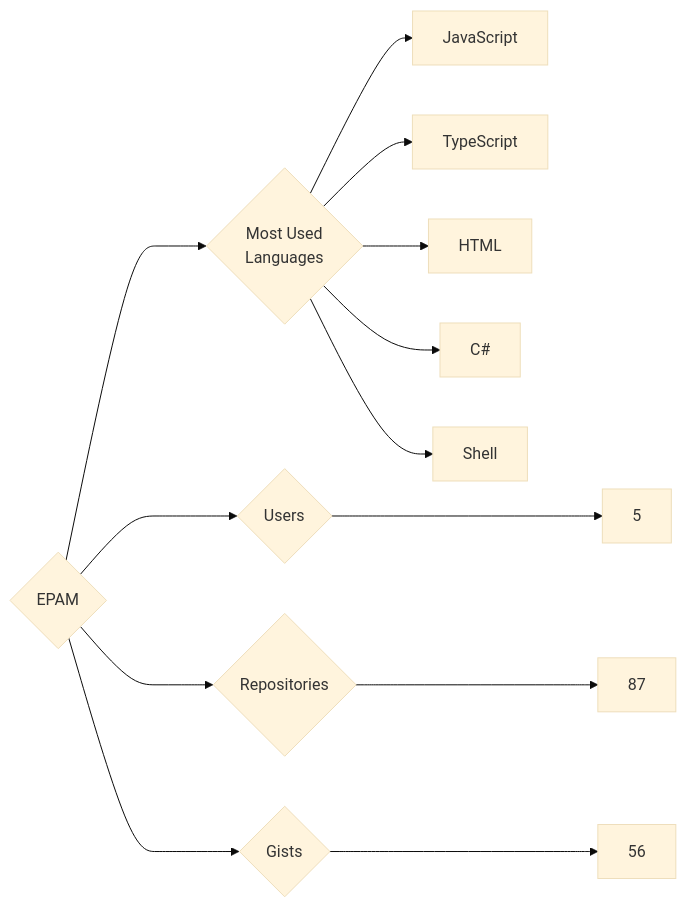
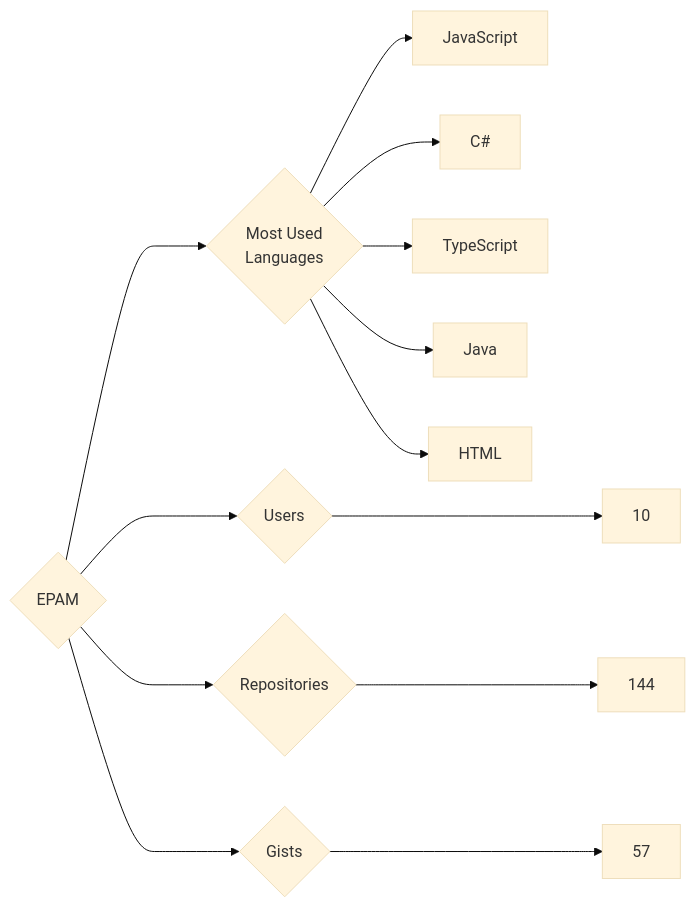
Before and after one commit to trickest/insiders: the diagram in targets/EPAM/README.md, drawn with Mermaid (base theme). The commit also changed 611 other files, not shown here.

````diff
--- a/targets/EPAM/README.md
+++ b/targets/EPAM/README.md
@@ -3,13 +3,13 @@
 ```mermaid
 graph LR
 COMPANY_NAME{EPAM}
-COMPANY_NAME ---> U{Users} ---> UN[5]
-COMPANY_NAME ---> R{Repositories} ---> RN[87]
-COMPANY_NAME ---> G{Gists} ---> GN[56]
+COMPANY_NAME ---> U{Users} ---> UN[10]
+COMPANY_NAME ---> R{Repositories} ---> RN[144]
+COMPANY_NAME ---> G{Gists} ---> GN[57]
 COMPANY_NAME ---> ML{Most Used<br>Languages}
 ML --> JavaScript[JavaScript]
+ML --> C#[C#]
 ML --> TypeScript[TypeScript]
+ML --> Java[Java]
 ML --> HTML[HTML]
-ML --> C#[C#]
-ML --> Shell[Shell]
 ```
````
